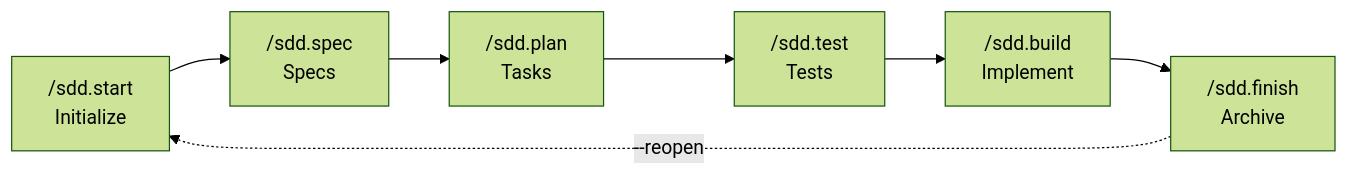
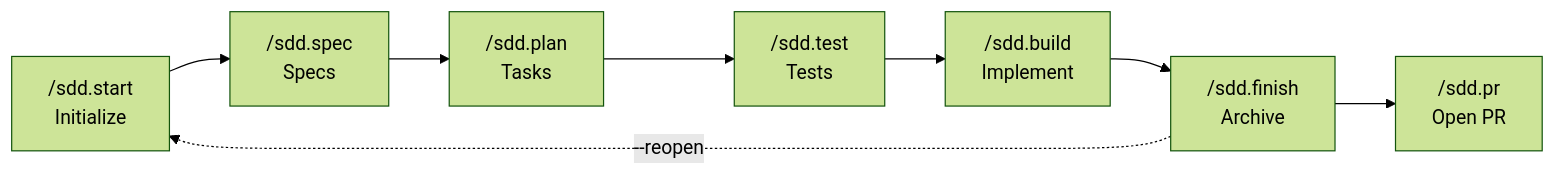
The diagram in framework/PIPELINE.md (danilo-sf-dev/development-agents), drawn with Mermaid (forest theme) before and after one commit. The commit also changed other lines of this file and 19 other files, not shown here.

````diff
--- a/framework/PIPELINE.md
+++ b/framework/PIPELINE.md
@@ -24,9 +28,10 @@
 ```mermaid
 graph LR
     A["/sdd.start<br/>Initialize"] --> B["/sdd.spec<br/>Specs"]
     B --> C["/sdd.plan<br/>Tasks"]
     C --> T["/sdd.test<br/>Tests"]
     T --> D["/sdd.build<br/>Implement"]
     D --> E["/sdd.finish<br/>Archive"]
+    E --> P["/sdd.pr<br/>Open PR"]
     E -.->|"--reopen"| A
 ```
````
